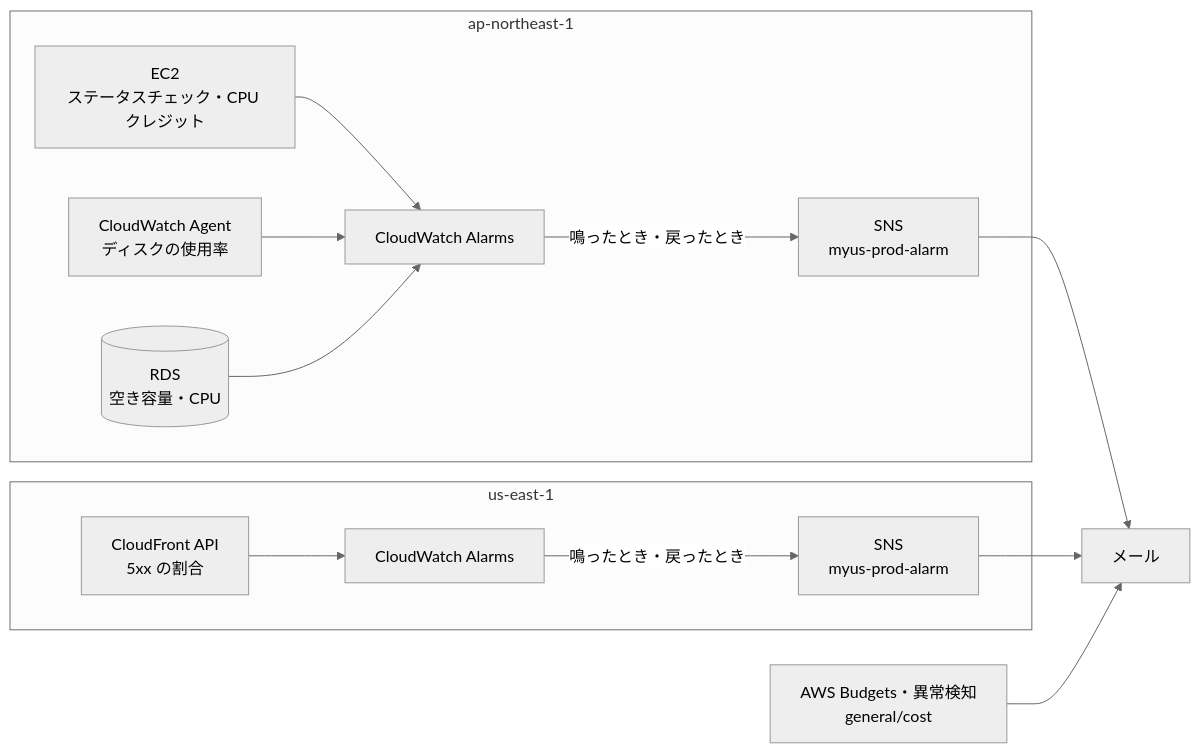
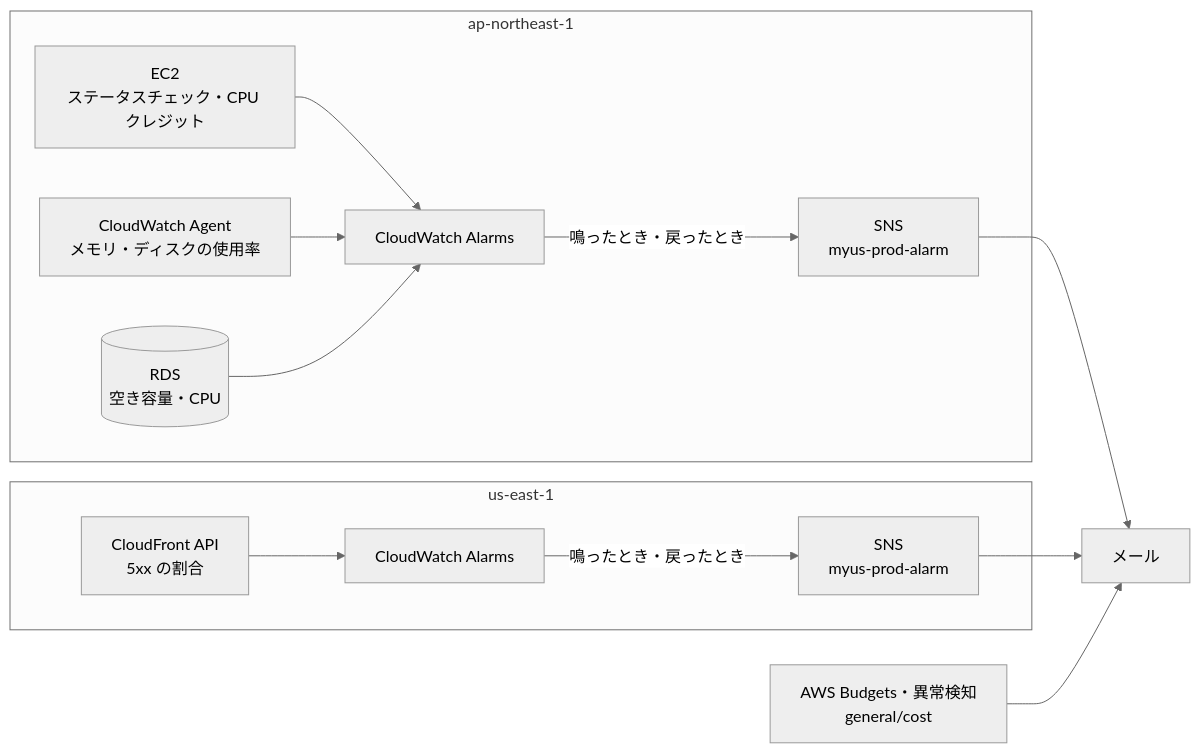
One commit to ANFINII/MyUs changed the sixth of 6 diagrams in docs/infrastructure.md. Above: the diagram before and after it, drawn with Mermaid (neutral theme). The commit also changed other lines of this file and 3 other files, not shown here.

````diff
--- a/docs/infrastructure.md
+++ b/docs/infrastructure.md
@@ -370,24 +371,24 @@
 ```mermaid
 flowchart LR
     subgraph tokyo[ap-northeast-1]
         EC2[EC2<br/>ステータスチェック・CPU クレジット]
-        Agent[CloudWatch Agent<br/>ディスクの使用率]
+        Agent[CloudWatch Agent<br/>メモリ・ディスクの使用率]
         RDS[(RDS<br/>空き容量・CPU)]
         Alarm[CloudWatch Alarms]
         SNS[SNS<br/>myus-prod-alarm]
     end
     subgraph virginia[us-east-1]
         CF[CloudFront API<br/>5xx の割合]
         Alarm_US[CloudWatch Alarms]
         SNS_US[SNS<br/>myus-prod-alarm]
     end
     Budgets[AWS Budgets・異常検知<br/>general/cost]
     Mail[メール]
 
     EC2 --> Alarm
     Agent --> Alarm
     RDS --> Alarm
     Alarm -->|鳴ったとき・戻ったとき| SNS --> Mail
     CF --> Alarm_US -->|鳴ったとき・戻ったとき| SNS_US --> Mail
     Budgets --> Mail
 ```
````
